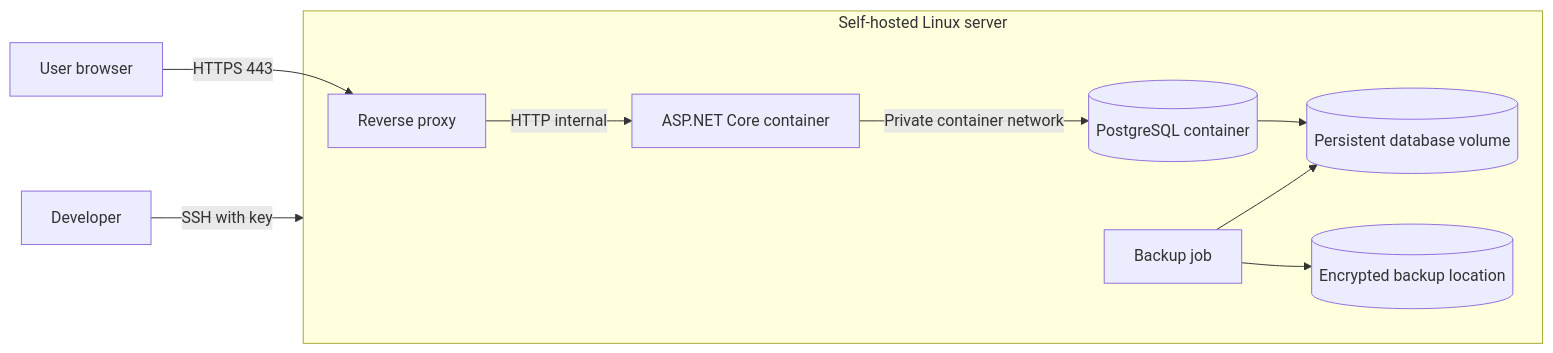
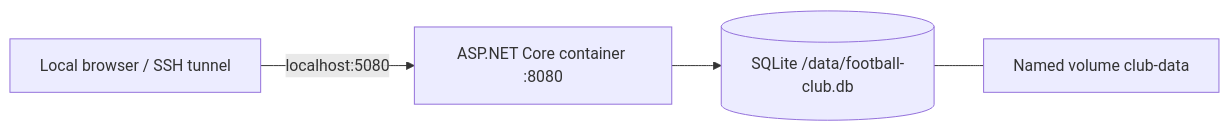
One commit to Daan5556/3-challenge changed the diagram in docs/design/self-hosted-infrastructure-design.md. Above: the diagram before and after it, drawn with Mermaid. The commit also changed other lines of this file and 21 other files, not shown here.

````diff
--- a/docs/design/self-hosted-infrastructure-design.md
+++ b/docs/design/self-hosted-infrastructure-design.md
@@ -26,14 +9,6 @@
 ```mermaid
 flowchart LR
-    User[User browser] -->|HTTPS 443| Proxy[Reverse proxy]
-
-    subgraph Server[Self-hosted Linux server]
-        Proxy -->|HTTP internal| App[ASP.NET Core container]
-        App -->|Private container network| DB[(PostgreSQL container)]
-        DB --> Volume[(Persistent database volume)]
-        Backup[Backup job] --> Volume
-        Backup --> Archive[(Encrypted backup location)]
-    end
-
-    Developer[Developer] -->|SSH with key| Server
+    Browser[Local browser / SSH tunnel] -->|localhost:5080| App[ASP.NET Core container :8080]
+    App --> DB[(SQLite /data/football-club.db)]
+    DB --- Volume[Named volume club-data]
 ```
````
